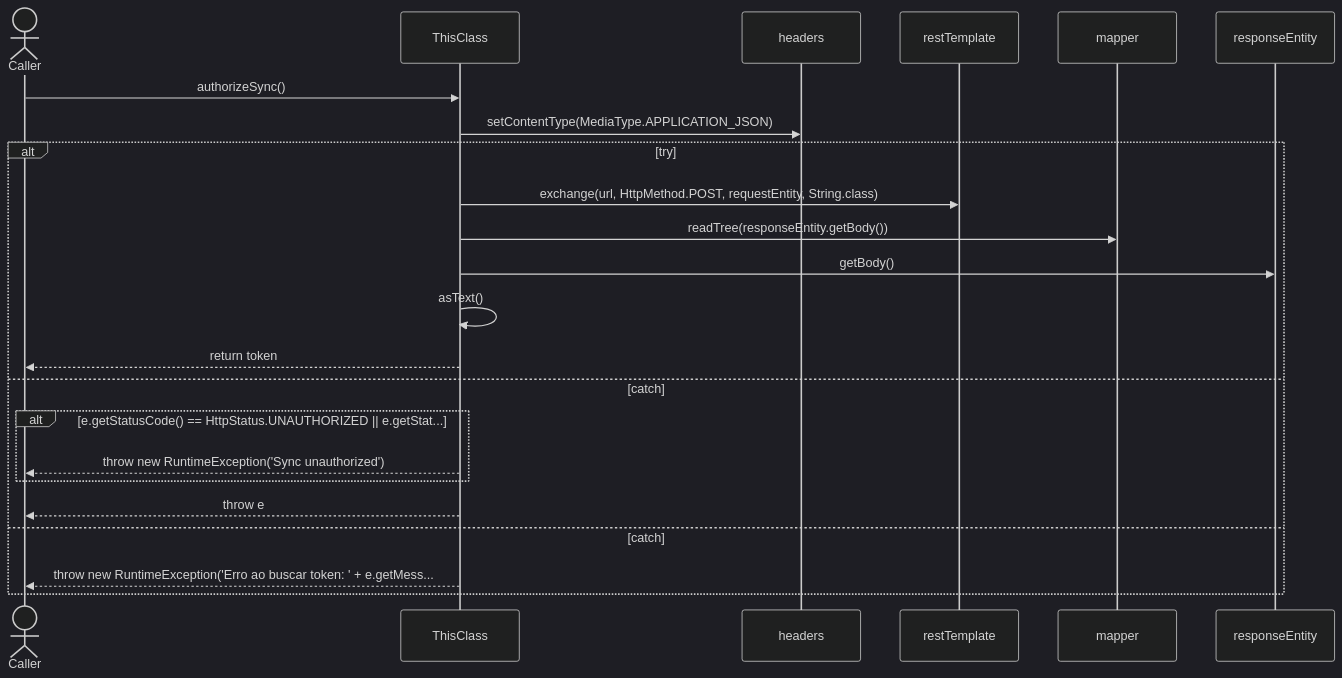
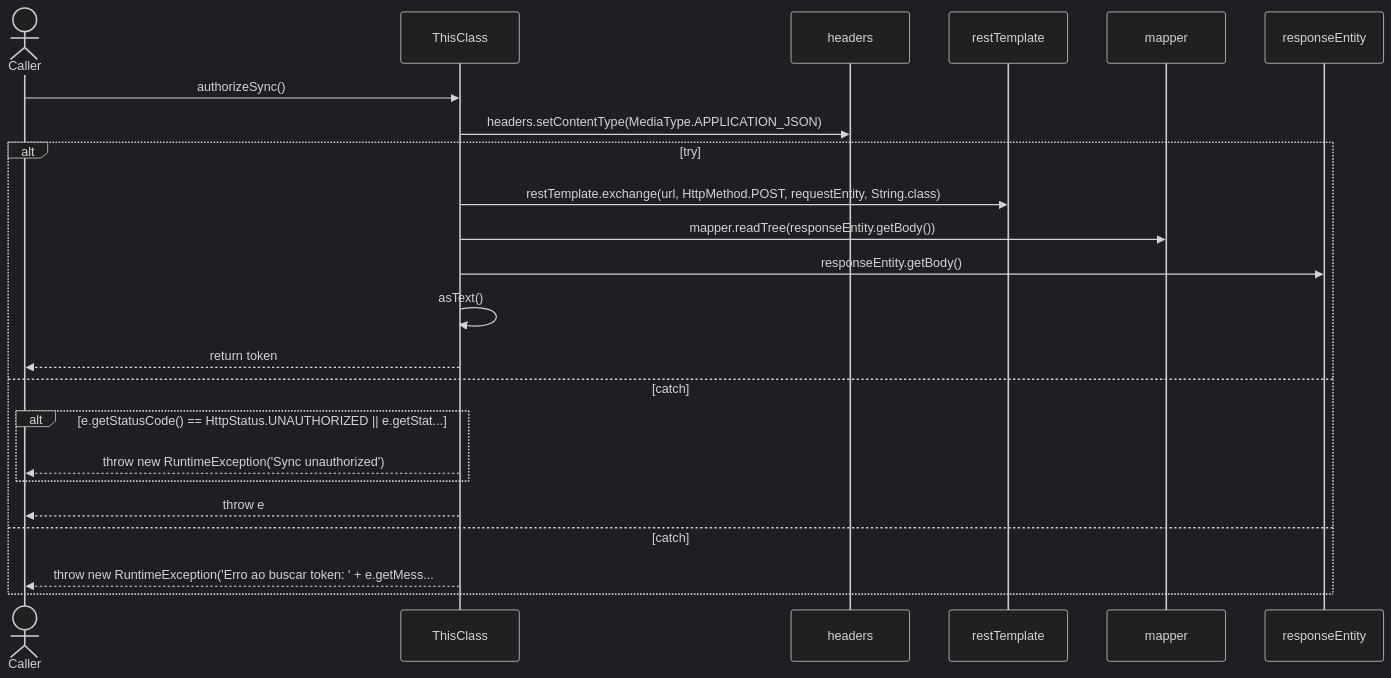
The sixth of 16 diagrams in docs/CloudSyncUploadService.md (FelipeMCassiano/geanky), drawn with Mermaid (dark theme) before and after one commit. The commit also changed other lines of this file and 6 other files, not shown here.

````diff
--- a/docs/CloudSyncUploadService.md
+++ b/docs/CloudSyncUploadService.md
@@ -482,27 +482,27 @@
 ```mermaid
 sequenceDiagram
     actor Caller
     participant ThisClass
     participant headers
     participant restTemplate
     participant mapper
     participant responseEntity
 
     Caller->>ThisClass: authorizeSync()
-    ThisClass->>headers: setContentType(MediaType.APPLICATION_JSON)
+    ThisClass->>headers: headers.setContentType(MediaType.APPLICATION_JSON)
     alt try
-    ThisClass->>restTemplate: exchange(url, HttpMethod.POST, requestEntity, String.class)
-    ThisClass->>mapper: readTree(responseEntity.getBody())
-    ThisClass->>responseEntity: getBody()
+    ThisClass->>restTemplate: restTemplate.exchange(url, HttpMethod.POST, requestEntity, String.class)
+    ThisClass->>mapper: mapper.readTree(responseEntity.getBody())
+    ThisClass->>responseEntity: responseEntity.getBody()
     ThisClass->>ThisClass: asText()
     ThisClass-->>Caller: return token
     else catch 
     alt e.getStatusCode() == HttpStatus.UNAUTHORIZED || e.getStat...
     ThisClass-->>Caller: throw new RuntimeException('Sync unauthorized')
     end
     ThisClass-->>Caller: throw e
     else catch 
     ThisClass-->>Caller: throw new RuntimeException('Erro ao buscar token: ' + e.getMess...
     end
 
 ```
````
